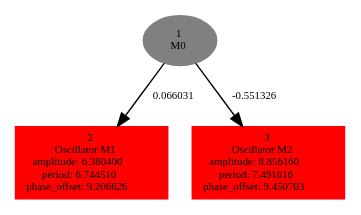
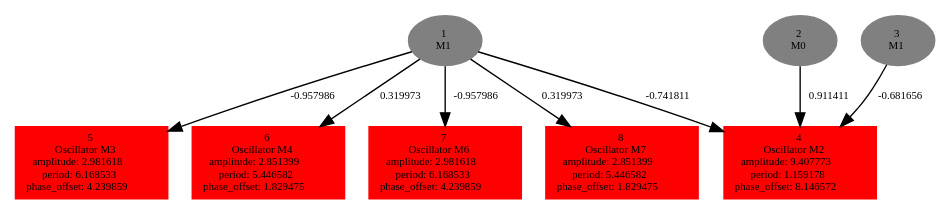
Before and after one commit to karinemiras/l-system: the diagram in experiments/locomotion1/offspringpop5/tempbrain.dot, drawn with Graphviz. The commit also changed 390 other files, not shown here.

```diff
--- a/experiments/locomotion1/offspringpop5/tempbrain.dot
+++ b/experiments/locomotion1/offspringpop5/tempbrain.dot
@@ -1,7 +1,17 @@
  digraph g{ forcelabels=true;
-1[label=<1<BR/>M0>,color="grey",style=filled,fontsize=8];
-2 [label=<2<BR />Oscillator M1<BR /> amplitude: 6.380400<BR /> period: 6.744510<BR /> phase_offset: 9.206626>, shape=box,color=red,style=filled,fontsize=8];
-3 [label=<3<BR />Oscillator M2<BR /> amplitude: 8.856160<BR /> period: 7.491616<BR /> phase_offset: 9.450703>, shape=box,color=red,style=filled,fontsize=8];
-1 -> 2[label="0.066031 ",fontsize="8"];
-1 -> 3[label="-0.551326 ",fontsize="8"];
+1[label=<1<BR/>M1>,color="grey",style=filled,fontsize=8];
+2[label=<2<BR/>M0>,color="grey",style=filled,fontsize=8];
+3[label=<3<BR/>M1>,color="grey",style=filled,fontsize=8];
+4 [label=<4<BR />Oscillator M2<BR /> amplitude: 9.407773<BR /> period: 1.159178<BR /> phase_offset: 8.146572>, shape=box,color=red,style=filled,fontsize=8];
+5 [label=<5<BR />Oscillator M3<BR /> amplitude: 2.981618<BR /> period: 6.168533<BR /> phase_offset: 4.239859>, shape=box,color=red,style=filled,fontsize=8];
+6 [label=<6<BR />Oscillator M4<BR /> amplitude: 2.851399<BR /> period: 5.446582<BR /> phase_offset: 1.829475>, shape=box,color=red,style=filled,fontsize=8];
+7 [label=<7<BR />Oscillator M6<BR /> amplitude: 2.981618<BR /> period: 6.168533<BR /> phase_offset: 4.239859>, shape=box,color=red,style=filled,fontsize=8];
+8 [label=<8<BR />Oscillator M7<BR /> amplitude: 2.851399<BR /> period: 5.446582<BR /> phase_offset: 1.829475>, shape=box,color=red,style=filled,fontsize=8];
+1 -> 4[label="-0.741811 ",fontsize="8"];
+1 -> 5[label="-0.957986 ",fontsize="8"];
+1 -> 6[label="0.319973 ",fontsize="8"];
+1 -> 7[label="-0.957986 ",fontsize="8"];
+1 -> 8[label="0.319973 ",fontsize="8"];
+2 -> 4[label="0.911411 ",fontsize="8"];
+3 -> 4[label="-0.681656 ",fontsize="8"];
  }
```
